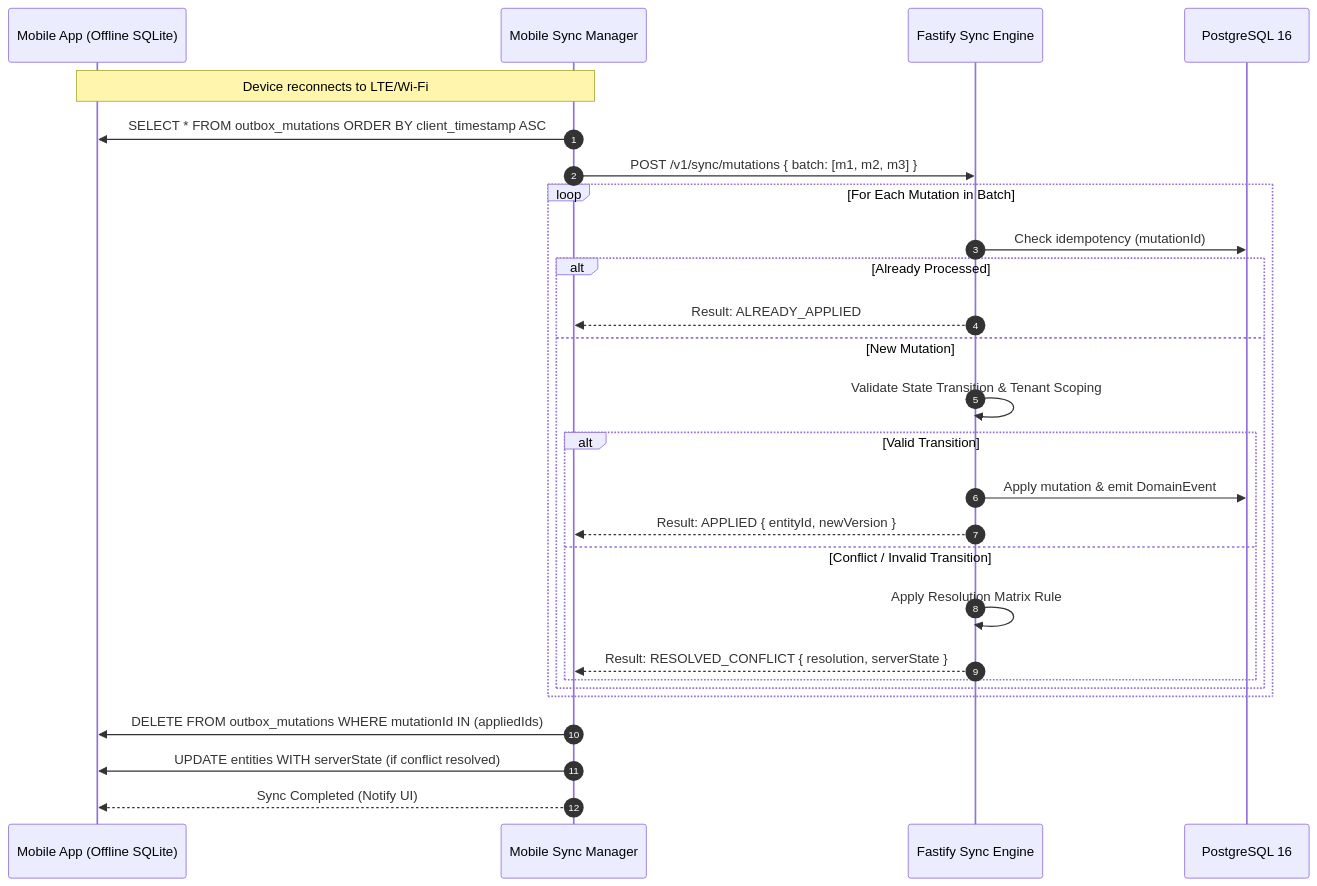
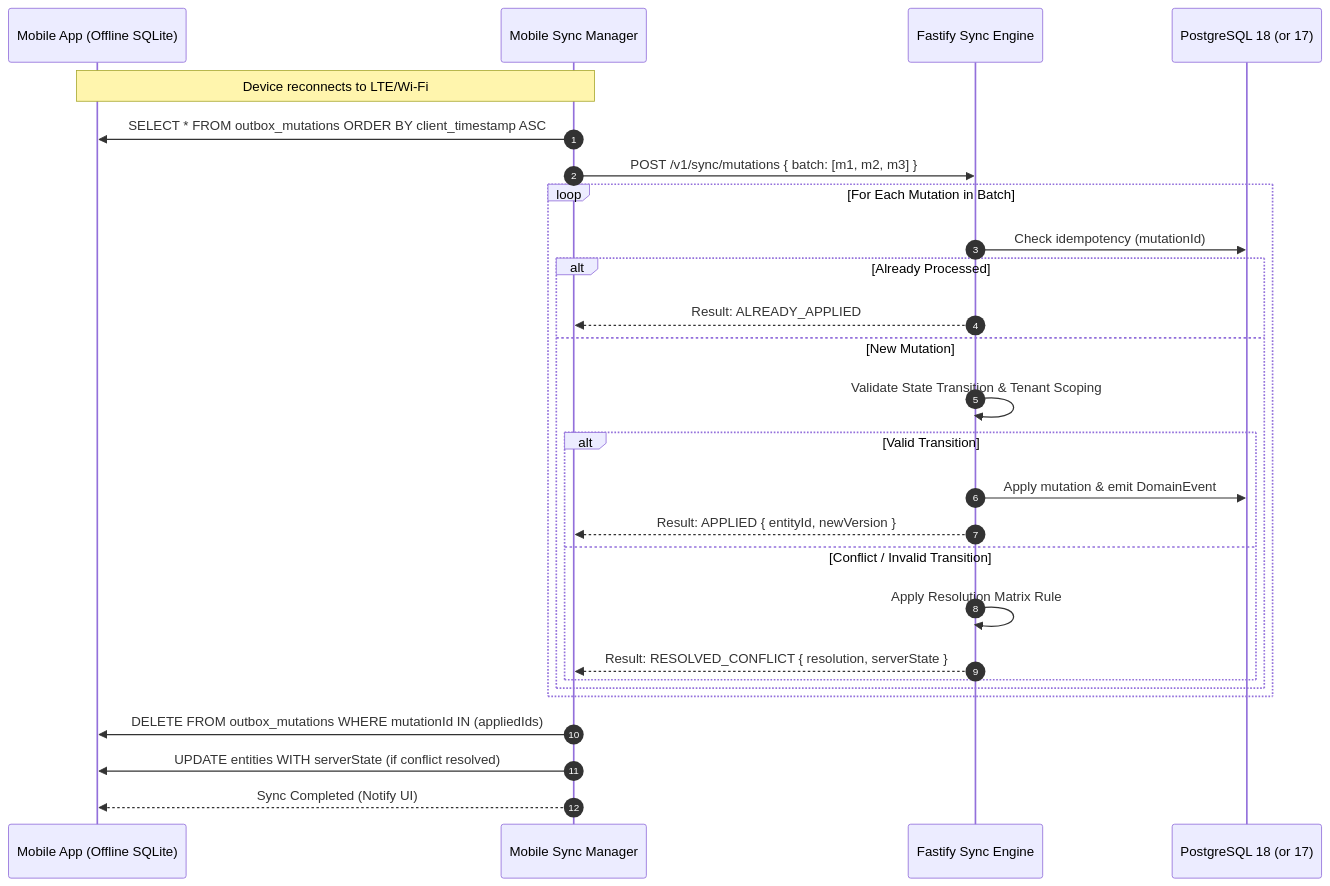
The second of 2 diagrams in docs/architecture/SYNC-CONFLICT-MATRIX.md (djsushilkumar/oprino), drawn with Mermaid before and after one commit. The commit also changed 151 other files, not shown here.

Commit message:
chore: freeze Flutter architecture and Phase 01B baseline

````diff
--- a/docs/architecture/SYNC-CONFLICT-MATRIX.md
+++ b/docs/architecture/SYNC-CONFLICT-MATRIX.md
@@ -98,32 +98,32 @@
 ```mermaid
 sequenceDiagram
     autonumber
     participant Mobile as Mobile App (Offline SQLite)
     participant SyncMgr as Mobile Sync Manager
     participant Server as Fastify Sync Engine
-    participant DB as PostgreSQL 16
+    participant DB as PostgreSQL 18 (or 17)
 
     Note over Mobile,SyncMgr: Device reconnects to LTE/Wi-Fi
     SyncMgr->>Mobile: SELECT * FROM outbox_mutations ORDER BY client_timestamp ASC
     SyncMgr->>Server: POST /v1/sync/mutations { batch: [m1, m2, m3] }
     
     loop For Each Mutation in Batch
         Server->>DB: Check idempotency (mutationId)
         alt Already Processed
             Server-->>SyncMgr: Result: ALREADY_APPLIED
         else New Mutation
             Server->>Server: Validate State Transition & Tenant Scoping
             alt Valid Transition
                 Server->>DB: Apply mutation & emit DomainEvent
                 Server-->>SyncMgr: Result: APPLIED { entityId, newVersion }
             else Conflict / Invalid Transition
                 Server->>Server: Apply Resolution Matrix Rule
                 Server-->>SyncMgr: Result: RESOLVED_CONFLICT { resolution, serverState }
             end
         end
     end
 
     SyncMgr->>Mobile: DELETE FROM outbox_mutations WHERE mutationId IN (appliedIds)
     SyncMgr->>Mobile: UPDATE entities WITH serverState (if conflict resolved)
     SyncMgr-->>Mobile: Sync Completed (Notify UI)
 ```
````
